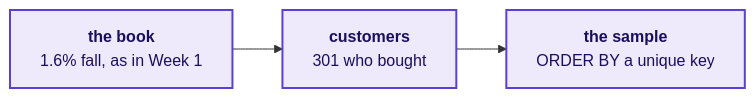
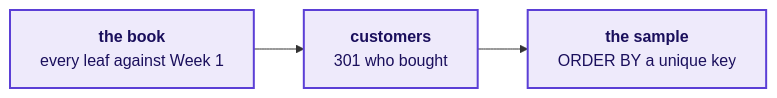
One commit to fde-academy-lab/c2-content-factory changed diagram 12 of 24 in content/W02/D1/slides/C2_W02_D01_half1_STUDENT.md. Above: the diagram before and after it, drawn with Mermaid. The commit also changed other lines of this file and 3 other files, not shown here.

First line of the commit message:
W02/D1 decks: every leaf against Week 1 (S12a, S12b), rupees and orders separated in S8 and S9, decks rebuilt

````diff
--- a/content/W02/D1/slides/C2_W02_D01_half1_STUDENT.md
+++ b/content/W02/D1/slides/C2_W02_D01_half1_STUDENT.md
@@ -444,6 +491,6 @@
 ```mermaid
 flowchart LR
-    A["<b>the book</b><br/>1.6% fall, as in Week 1"] --> B["<b>customers</b><br/>301 who bought"] --> C["<b>the sample</b><br/>ORDER BY a unique key"]
+    A["<b>the book</b><br/>every leaf against Week 1"] --> B["<b>customers</b><br/>301 who bought"] --> C["<b>the sample</b><br/>ORDER BY a unique key"]
     classDef known fill:#EEEAFB,stroke:#5B3FD6,color:#1A0F5C,stroke-width:2px
     class A,B,C known
 ```
````
